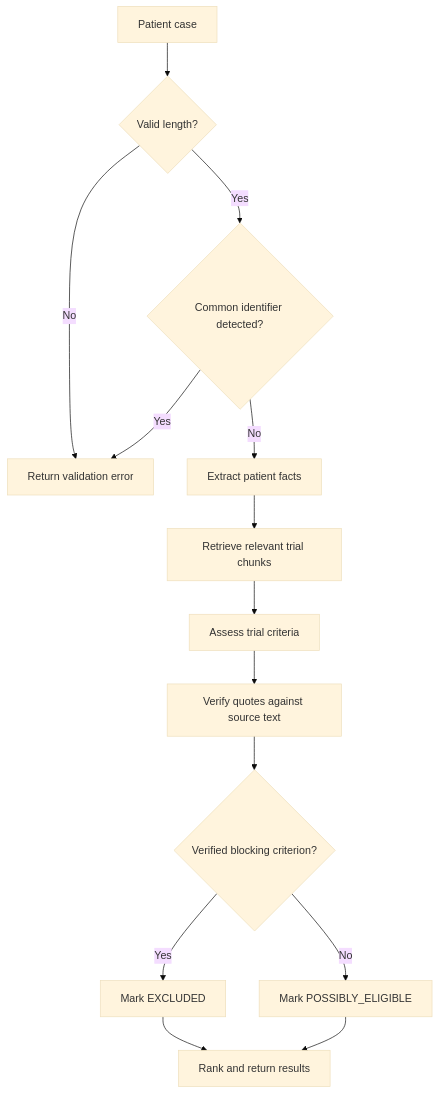
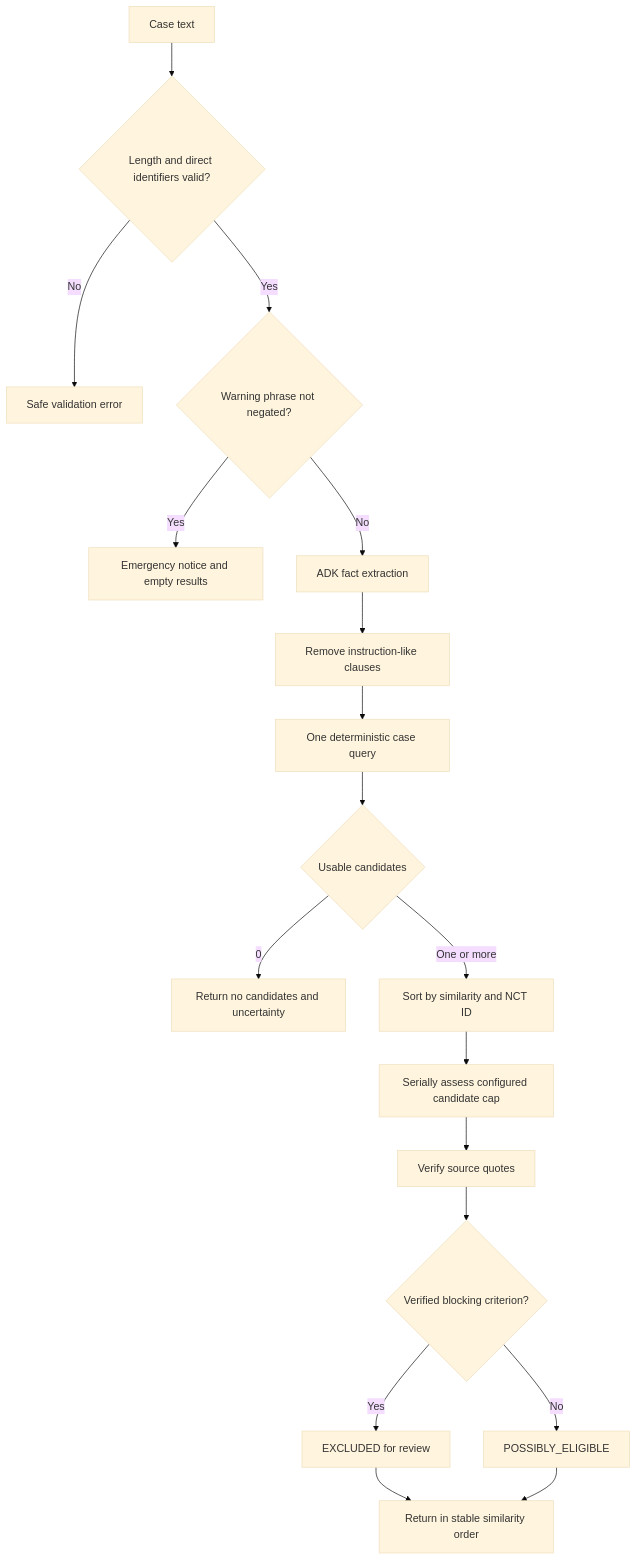
One commit to Aditya190704/CLINICAL-TRIAL-RAG- changed the third of 5 diagrams in ARCHITECTURE.md. Above: the diagram before and after it, drawn with Mermaid (base theme). The commit also changed other lines of this file and 46 other files, not shown here.

````diff
--- a/ARCHITECTURE.md
+++ b/ARCHITECTURE.md
@@ -90,16 +100,20 @@
 ```mermaid
 flowchart TD
-    CASE[Patient case] --> LENGTH{Valid length?}
-    LENGTH -->|No| REJECT[Return validation error]
-    LENGTH -->|Yes| IDENT{Common identifier detected?}
-    IDENT -->|Yes| REJECT
-    IDENT -->|No| PARSE[Extract patient facts]
-    PARSE --> RETRIEVE[Retrieve relevant trial chunks]
-    RETRIEVE --> ASSESS[Assess trial criteria]
-    ASSESS --> VERIFY[Verify quotes against source text]
+    CASE[Case text] --> VALID{Length and direct identifiers valid?}
+    VALID -->|No| ERROR[Safe validation error]
+    VALID -->|Yes| URGENT{Warning phrase not negated?}
+    URGENT -->|Yes| NOTICE[Emergency notice and empty results]
+    URGENT -->|No| EXTRACT[ADK fact extraction]
+    EXTRACT --> SANITIZE[Remove instruction-like clauses]
+    SANITIZE --> SEARCH[One deterministic case query]
+    SEARCH --> COUNT{Usable candidates}
+    COUNT -->|0| EMPTY[Return no candidates and uncertainty]
+    COUNT -->|One or more| ORDER[Sort by similarity and NCT ID]
+    ORDER --> ASSESS[Serially assess configured candidate cap]
+    ASSESS --> VERIFY[Verify source quotes]
     VERIFY --> BLOCK{Verified blocking criterion?}
-    BLOCK -->|Yes| EXCLUDED[Mark EXCLUDED]
-    BLOCK -->|No| POSSIBLE[Mark POSSIBLY_ELIGIBLE]
-    EXCLUDED --> RANK[Rank and return results]
+    BLOCK -->|Yes| EXCLUDED[EXCLUDED for review]
+    BLOCK -->|No| POSSIBLE[POSSIBLY_ELIGIBLE]
+    EXCLUDED --> RANK[Return in stable similarity order]
     POSSIBLE --> RANK
 ```
````
